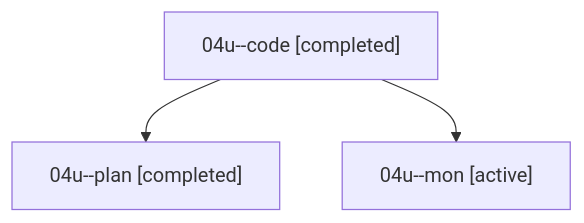
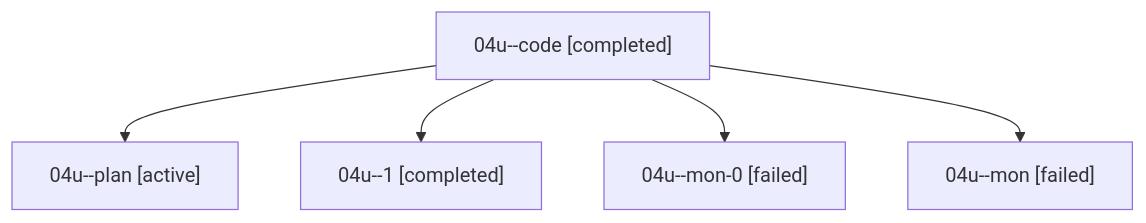
The diagram in families/bbugyi200.athena.04u.md (sase-org/sase--agents), drawn with Mermaid before and after one commit. The commit also changed other lines of this file and 35830 other files, not shown here.

````diff
--- a/families/bbugyi200.athena.04u.md
+++ b/families/bbugyi200.athena.04u.md
@@ -9,8 +9,12 @@
 ```mermaid
 flowchart TD
   n0["04u--code [completed]"]
-  n1["04u--plan [completed]"]
+  n1["04u--plan [active]"]
   n0 --> n1
-  n2["04u--mon [active]"]
+  n2["04u--1 [completed]"]
   n0 --> n2
+  n3["04u--mon-0 [failed]"]
+  n0 --> n3
+  n4["04u--mon [failed]"]
+  n0 --> n4
 ```
````
